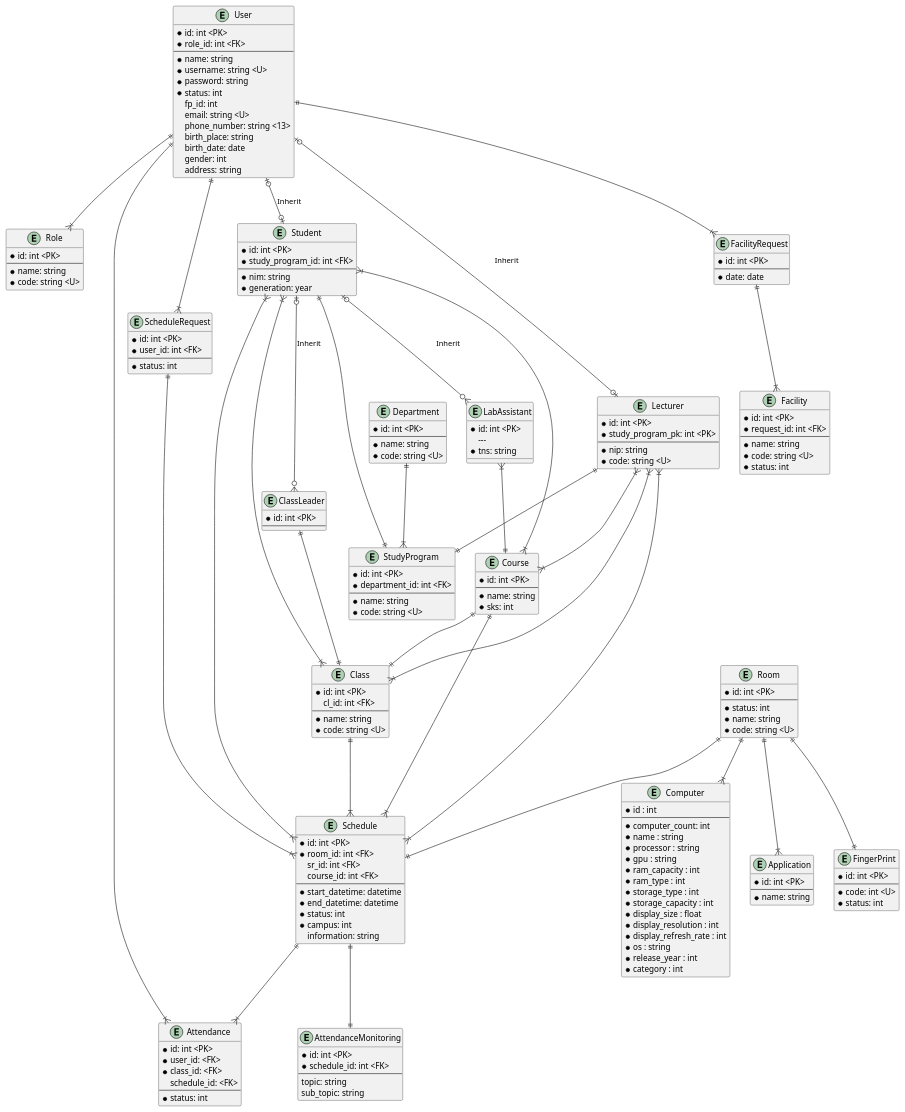
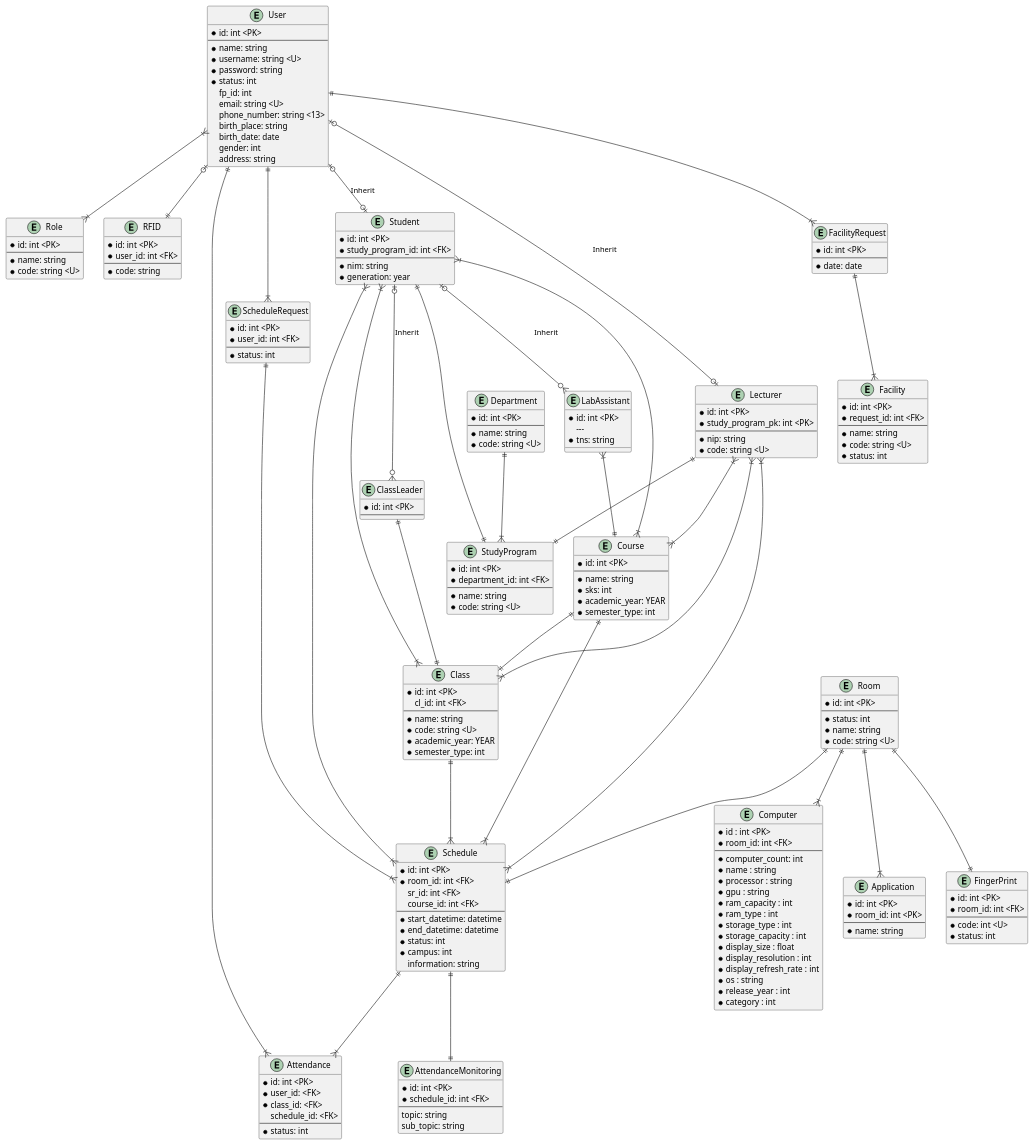
One commit to codebaradev/Simlab changed the diagram in docs/erd.plantuml. Above: the diagram before and after it, drawn with PlantUML. The commit also changed 1 other file, not shown here.

Commit message:
gitfeat: Update Antarmuka dan ERD

```diff
--- a/docs/erd.plantuml
+++ b/docs/erd.plantuml
@@ -5,7 +5,6 @@
 
 entity "User" as user { 
     * id: int <PK>
-    * role_id: int <FK>
     ---
     * name: string
     * username: string <U>
@@ -29,9 +28,17 @@
 
 entity FingerPrint { 
     * id: int <PK>
+    * room_id: int <FK>
     ---
     * code: int <U>
     * status: int
+}
+
+entity RFID {
+    * id: int <PK>
+    * user_id: int <FK>
+    ---
+    * code: string
 }
 
 entity "Lecturer" as lecturer {
@@ -85,6 +92,8 @@
     ---
     * name: string
     * sks: int
+    * academic_year: YEAR
+    * semester_type: int
 } 
 
 entity "Attendance" as attendance {
@@ -145,6 +154,8 @@
     ---
     * name: string
     * code: string <U>
+    * academic_year: YEAR
+    * semester_type: int
 }
 
 entity "Room" as room {
@@ -156,7 +167,8 @@
 }
 
 entity Computer {
-    * id : int
+    * id : int <PK>
+    * room_id: int <FK>
     ---
     * computer_count: int
     * name : string
@@ -176,6 +188,7 @@
 
 entity Application {
     * id: int <PK>
+    * room_id: int <PK>
     ---
     * name: string
 }
@@ -188,14 +201,14 @@
 
 ' Roles
 
-user ||--|{ role
+user }|--|{ role
 
 user |o--o| lecturer: "Inherit"
 user |o--o| student: "Inherit"
 student |o--o{ class_leader: "Inherit"
 student |o--o{ LabAssistant: "Inherit"
 
-
+user |o--|| RFID
 
 ' class
 
```
